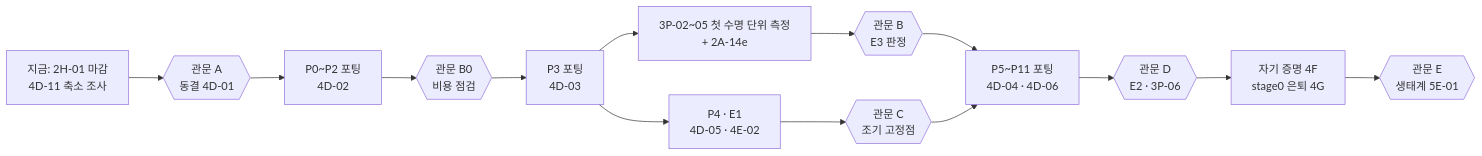
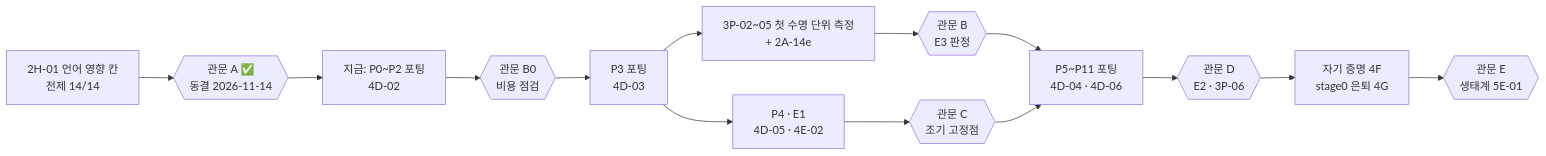
The third of 4 diagrams in docs/ROADMAP.md (lang-bmb/lang-bmb), drawn with Mermaid before and after one commit. The commit also changed other lines of this file and 17 other files, not shown here.

````diff
--- a/docs/ROADMAP.md
+++ b/docs/ROADMAP.md
@@ -144,11 +144,11 @@
 ```mermaid
 flowchart LR
-    N["지금: 2H-01 마감<br/>4D-11 축소 조사"] --> A{{"관문 A<br/>동결 4D-01"}}
-    A --> P02["P0~P2 포팅<br/>4D-02"] --> B0{{"관문 B0<br/>비용 점검"}} --> P03["P3 포팅<br/>4D-03"]
+    N["2H-01 언어 영향 칸<br/>전제 14/14"] --> A{{"관문 A ✅<br/>동결 2026-11-14"}}
+    A --> P02["지금: P0~P2 포팅<br/>4D-02"] --> B0{{"관문 B0<br/>비용 점검"}} --> P03["P3 포팅<br/>4D-03"]
     P03 --> M["3P-02~05 첫 수명 단위 측정<br/>+ 2A-14e"] --> B{{"관문 B<br/>E3 판정"}}
     P03 --> P4["P4 · E1<br/>4D-05 · 4E-02"] --> C{{"관문 C<br/>조기 고정점"}}
     B --> P511["P5~P11 포팅<br/>4D-04 · 4D-06"]
     C --> P511
     P511 --> D{{"관문 D<br/>E2 · 3P-06"}}
     D --> SP["자기 증명 4F<br/>stage0 은퇴 4G"] --> E{{"관문 E<br/>생태계 5E-01"}}
 ```
````
